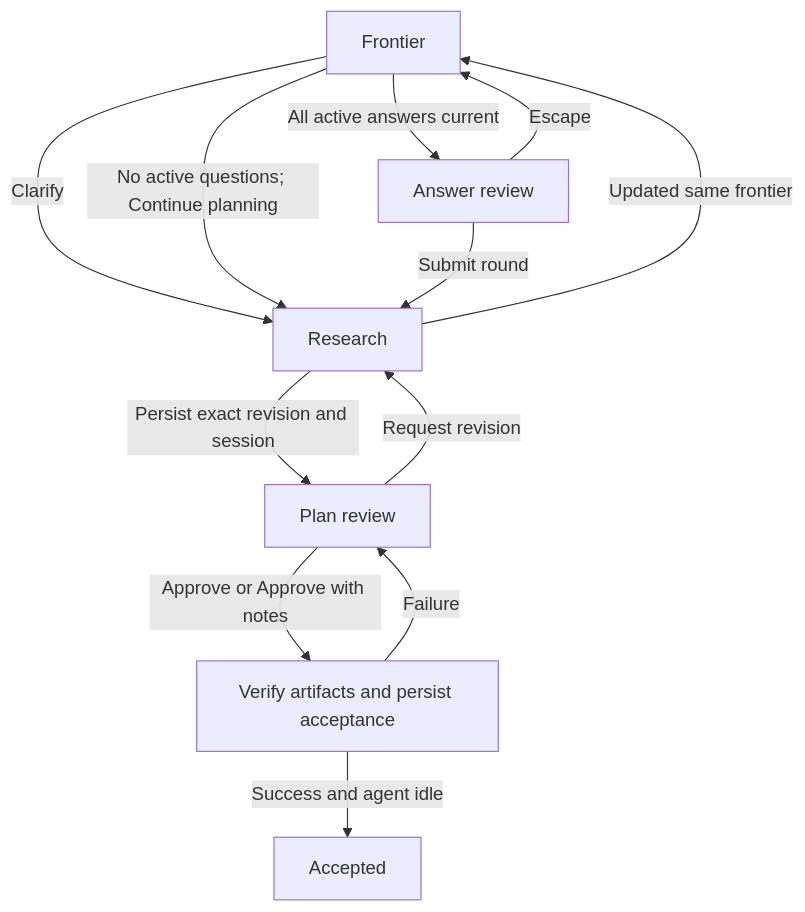
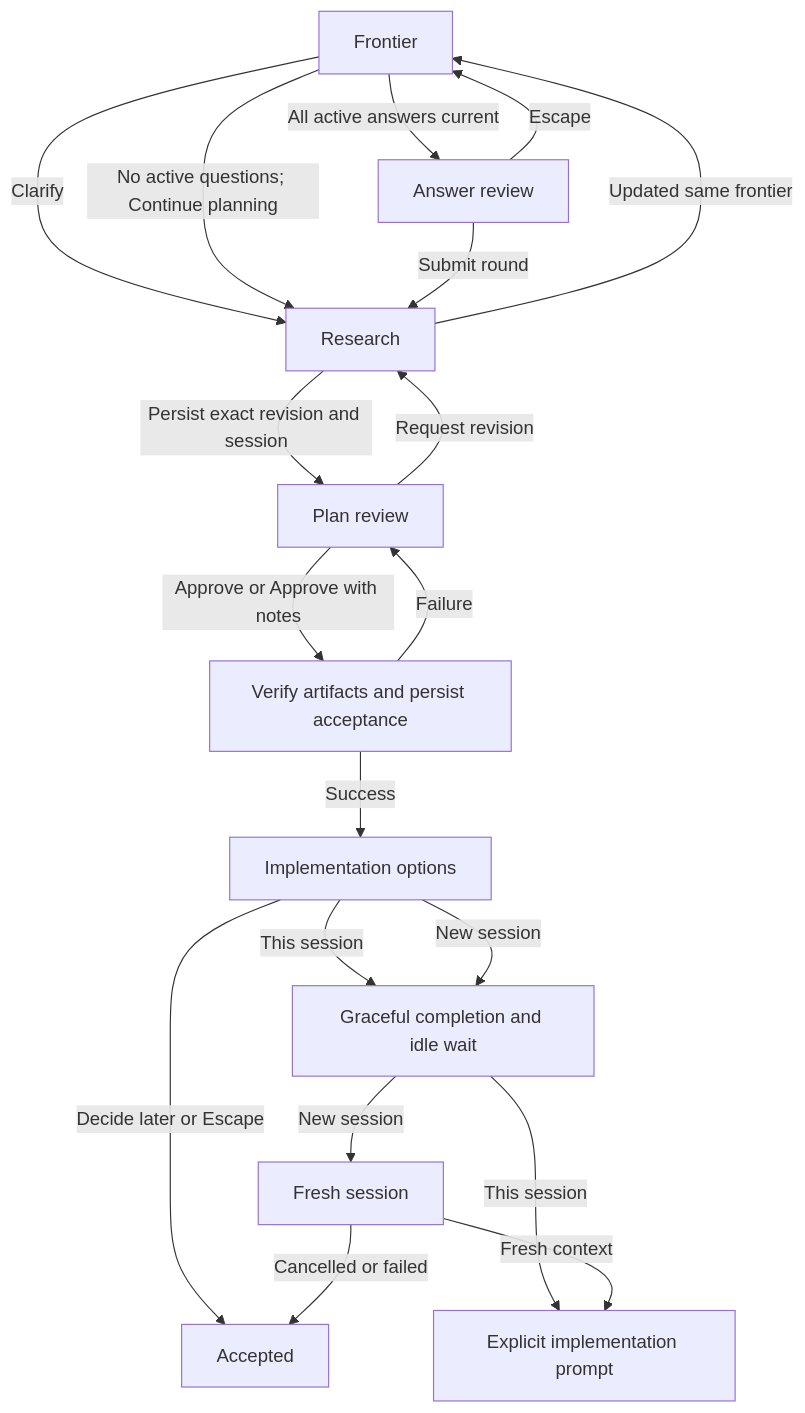
The first of 2 diagrams in packages/plan/docs/tui-interactions.md (kvnxiao/orbis), drawn with Mermaid before and after one commit. The commit also changed other lines of this file and 19 other files, not shown here.

First line of the commit message:
feat(plan): add graceful completion and implementation handoff

````diff
--- a/packages/plan/docs/tui-interactions.md
+++ b/packages/plan/docs/tui-interactions.md
@@ -218,14 +254,21 @@
 ```mermaid
 flowchart TD
   Frontier -->|Clarify| Research
   Research -->|Updated same frontier| Frontier
   Frontier -->|All active answers current| Answers[Answer review]
   Frontier -->|No active questions; Continue planning| Research
   Answers -->|Escape| Frontier
   Answers -->|Submit round| Research
   Research -->|Persist exact revision and session| Review[Plan review]
   Review -->|Request revision| Research
   Review -->|Approve or Approve with notes| Save[Verify artifacts and persist acceptance]
   Save -->|Failure| Review
-  Save -->|Success and agent idle| Accepted
+  Save -->|Success| Options[Implementation options]
+  Options -->|Decide later or Escape| Accepted
+  Options -->|This session| Idle[Graceful completion and idle wait]
+  Options -->|New session| Idle
+  Idle -->|This session| Implement[Explicit implementation prompt]
+  Idle -->|New session| Replace[Fresh session]
+  Replace -->|Fresh context| Implement
+  Replace -->|Cancelled or failed| Accepted
 ```
````
